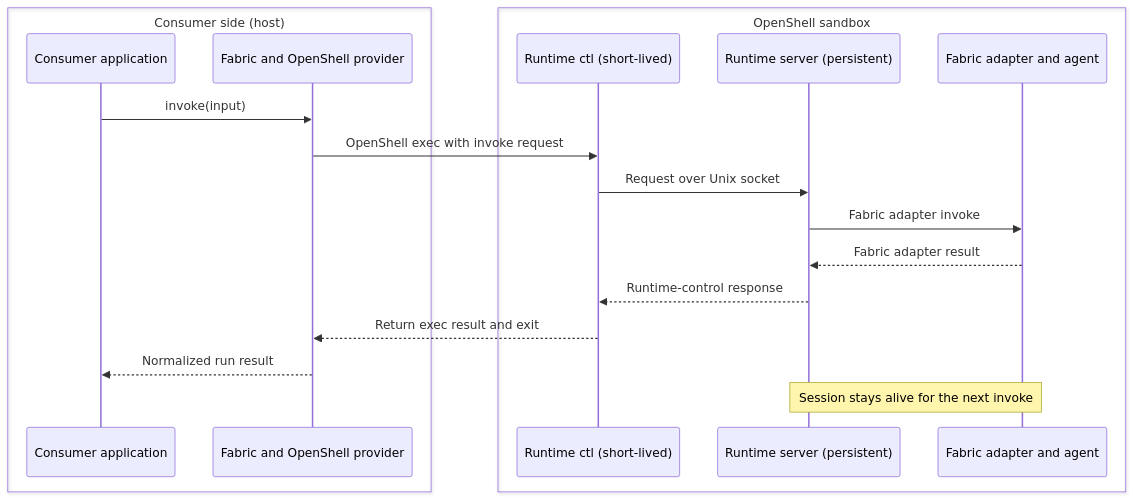
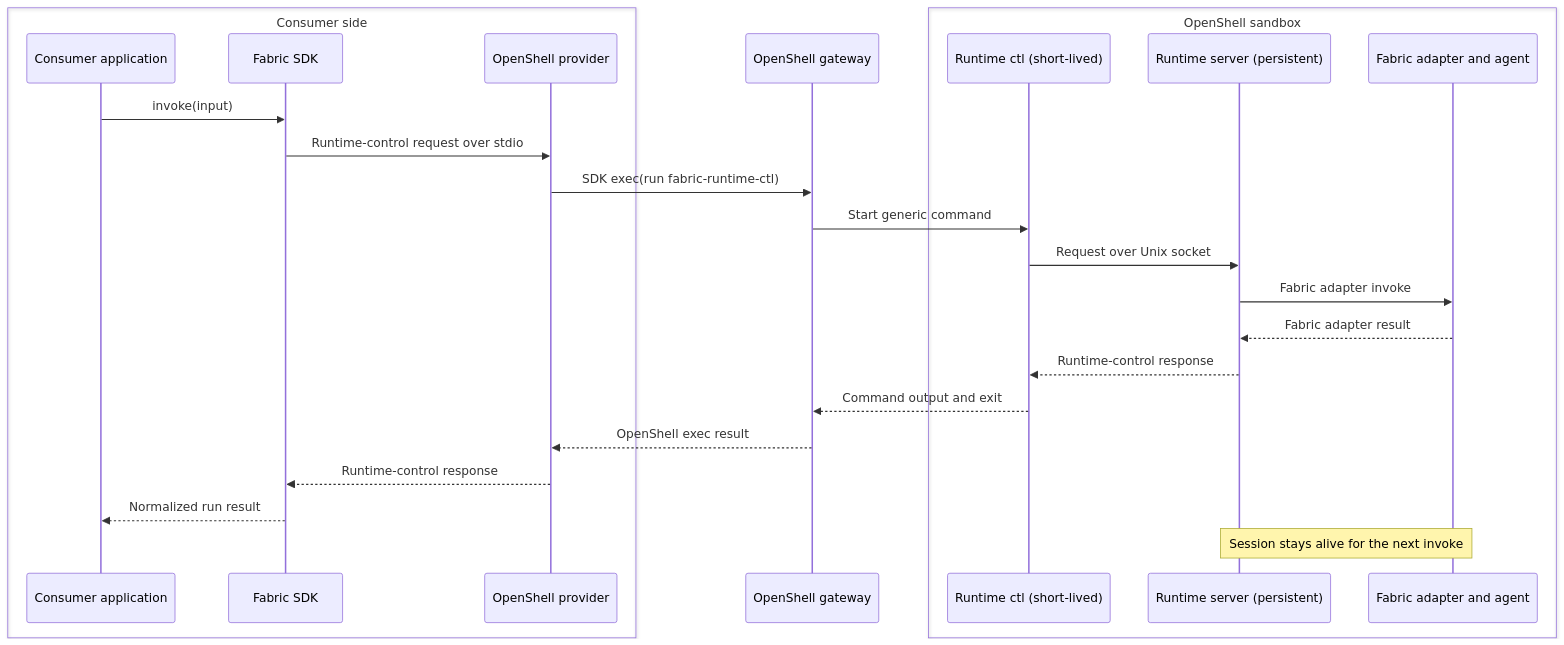
One commit to AnuradhaKaruppiah/NeMo-Fabric changed the second of 2 diagrams in environment-providers/openshell/README.md. Above: the diagram before and after it, drawn with Mermaid. The commit also changed other lines of this file, not shown here.

Commit message:
docs: clarify OpenShell provider architecture

````diff
--- a/environment-providers/openshell/README.md
+++ b/environment-providers/openshell/README.md
@@ -121,24 +141,31 @@
 ```mermaid
 sequenceDiagram
-    box Consumer side (host)
+    box Consumer side
         participant C as Consumer application
-        participant F as Fabric and OpenShell provider
+        participant F as Fabric SDK
+        participant P as OpenShell provider
     end
+
+    participant G as OpenShell gateway
 
     box OpenShell sandbox
         participant CTL as Runtime ctl (short-lived)
         participant S as Runtime server (persistent)
         participant A as Fabric adapter and agent
     end
 
     C->>F: invoke(input)
-    F->>CTL: OpenShell exec with invoke request
+    F->>P: Runtime-control request over stdio
+    P->>G: SDK exec(run fabric-runtime-ctl)
+    G->>CTL: Start generic command
     CTL->>S: Request over Unix socket
     S->>A: Fabric adapter invoke
     A-->>S: Fabric adapter result
     S-->>CTL: Runtime-control response
-    CTL-->>F: Return exec result and exit
+    CTL-->>G: Command output and exit
+    G-->>P: OpenShell exec result
+    P-->>F: Runtime-control response
     F-->>C: Normalized run result
 
     Note over S,A: Session stays alive for the next invoke
 ```
````
